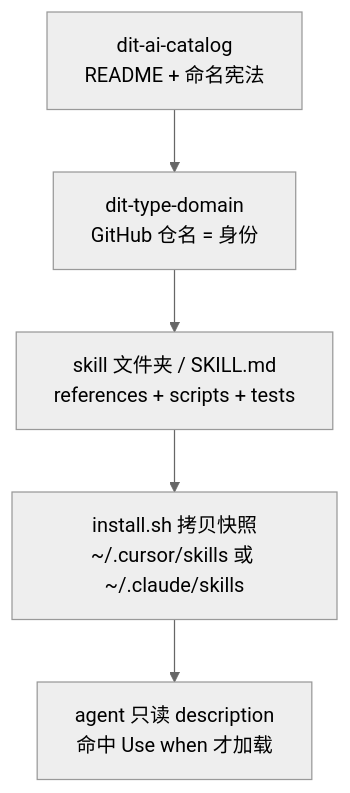
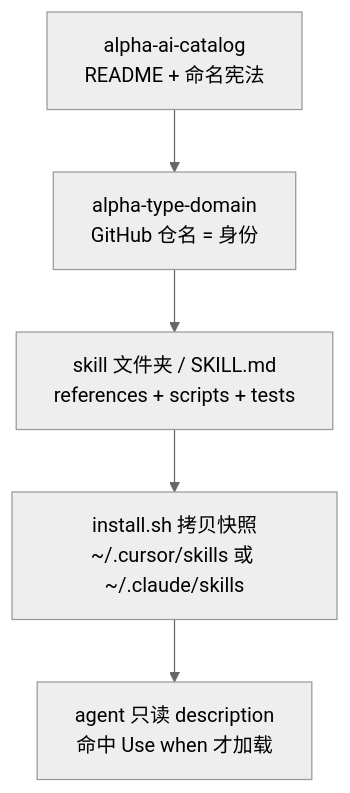
The diagram in raw/2026-10-20-ai-catalog-names-are-the-runtime-zh.md (CloudsDocker/cloudsdocker.github.io), drawn with Mermaid (neutral theme) before and after one commit. The commit also changed other lines of this file and 11 other files, not shown here.

````diff
--- a/raw/2026-10-20-ai-catalog-names-are-the-runtime-zh.md
+++ b/raw/2026-10-20-ai-catalog-names-are-the-runtime-zh.md
@@ -43,7 +47,7 @@
 ```mermaid
 flowchart TD
-  A["dit-ai-catalog<br/>README + 命名宪法"] --> B["dit-type-domain<br/>GitHub 仓名 = 身份"]
+  A["alpha-ai-catalog<br/>README + 命名宪法"] --> B["alpha-type-domain<br/>GitHub 仓名 = 身份"]
   B --> C["skill 文件夹 / SKILL.md<br/>references + scripts + tests"]
   C --> D["install.sh 拷贝快照<br/>~/.cursor/skills 或 ~/.claude/skills"]
   D --> E["agent 只读 description<br/>命中 Use when 才加载"]
 ```
````
